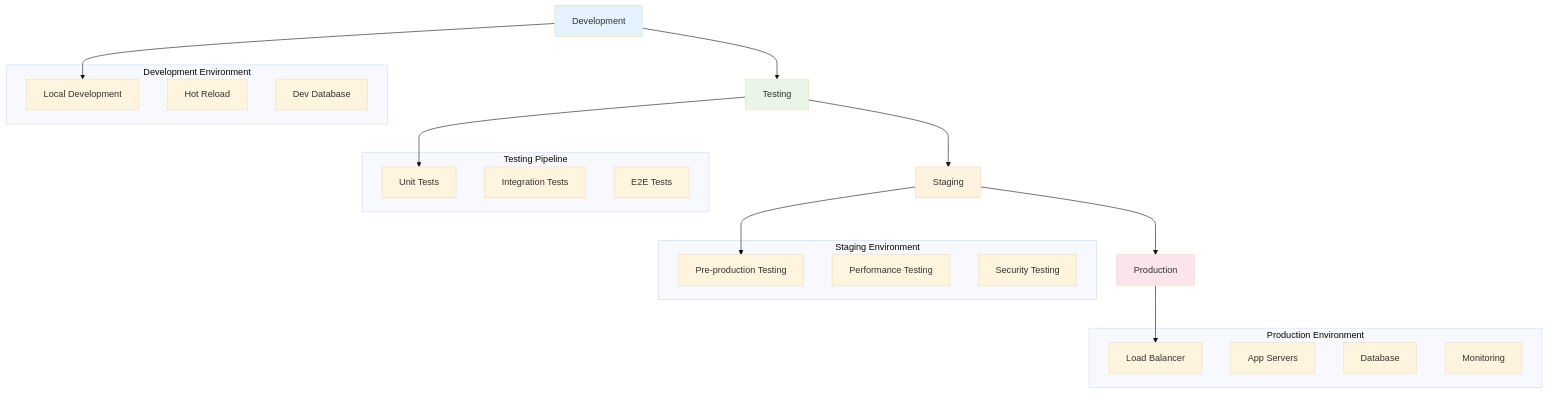
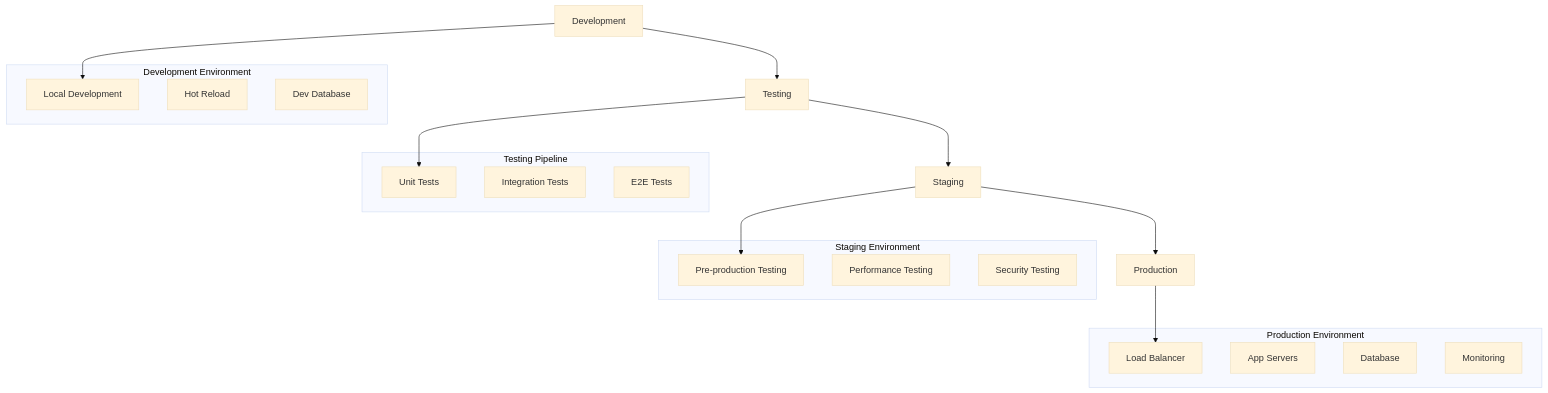
Before and after one commit to karrioapi/karrio: the diagram in apps/web/src/app/docs/products/app-store/deployment/page.mdx, drawn with Mermaid (base theme). The commit also changed 34 other files, not shown here.

````diff
--- a/apps/web/src/app/docs/products/app-store/deployment/page.mdx
+++ b/apps/web/src/app/docs/products/app-store/deployment/page.mdx
@@ -34,41 +34,38 @@
 ```mermaid
 graph TB
     A[Development] --> B[Testing]
     B --> C[Staging]
     C --> D[Production]
 
     subgraph "Development Environment"
         E[Local Development]
         F[Hot Reload]
         G[Dev Database]
     end
 
     subgraph "Testing Pipeline"
         H[Unit Tests]
         I[Integration Tests]
         J[E2E Tests]
     end
 
     subgraph "Staging Environment"
         K[Pre-production Testing]
         L[Performance Testing]
         M[Security Testing]
     end
 
     subgraph "Production Environment"
         N[Load Balancer]
         O[App Servers]
         P[Database]
         Q[Monitoring]
     end
 
     A --> E
     B --> H
     C --> K
     D --> N
 
-    style A fill:#e3f2fd
-    style B fill:#e8f5e8
-    style C fill:#fff3e0
-    style D fill:#fce4ec
+    
 ```
````
